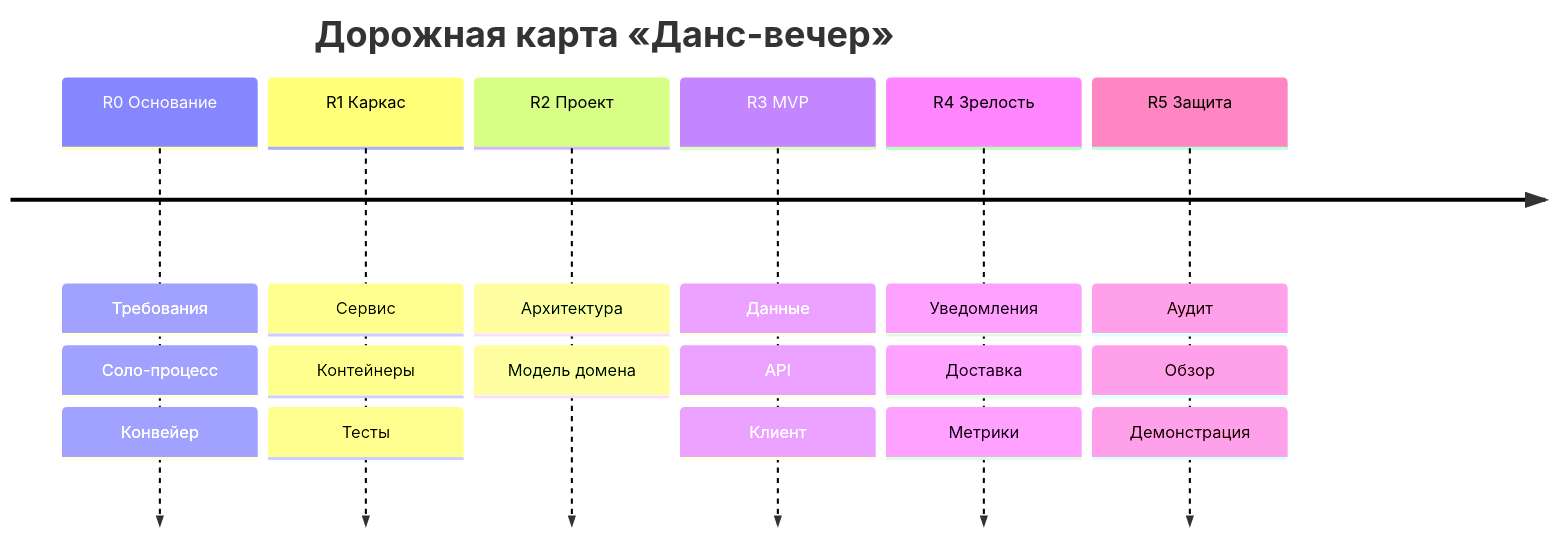
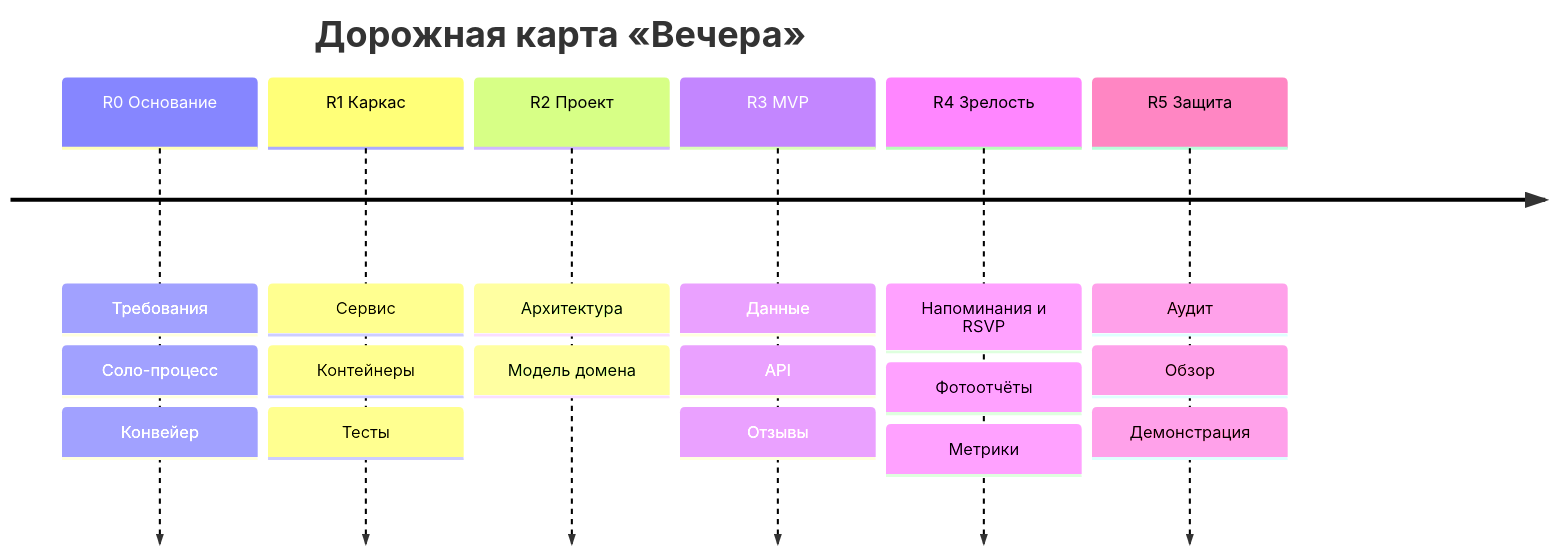
Before and after one commit to Respawn2/dance-evening: the diagram in docs/roadmap.md, drawn with Mermaid. The commit also changed other lines of this file and 14 other files, not shown here.

````diff
--- a/docs/roadmap.md
+++ b/docs/roadmap.md
@@ -18,10 +18,10 @@
 ```mermaid
 timeline
-    title Дорожная карта «Данс-вечер»
+    title Дорожная карта «Вечера»
     R0 Основание : Требования : Соло-процесс : Конвейер
     R1 Каркас : Сервис : Контейнеры : Тесты
     R2 Проект : Архитектура : Модель домена
-    R3 MVP : Данные : API : Клиент
-    R4 Зрелость : Уведомления : Доставка : Метрики
+    R3 MVP : Данные : API : Отзывы
+    R4 Зрелость : Напоминания и RSVP : Фотоотчёты : Метрики
     R5 Защита : Аудит : Обзор : Демонстрация
 ```
````
